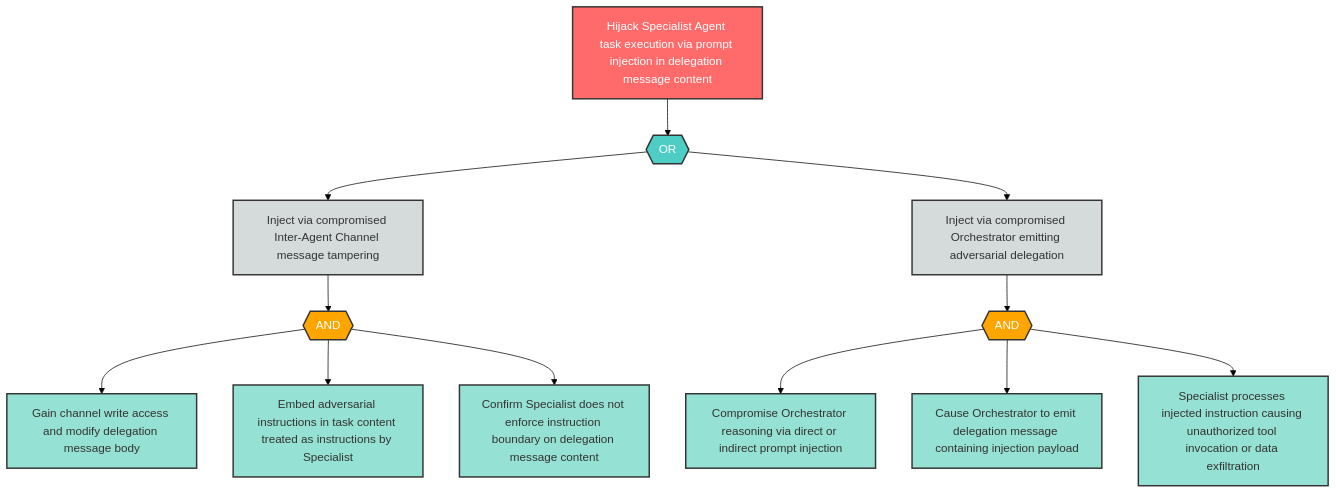
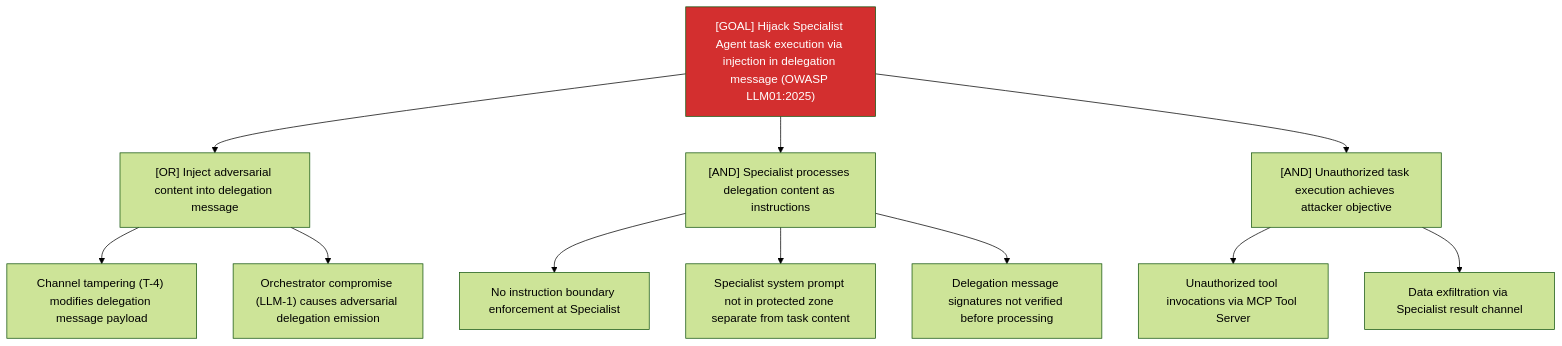
Before and after one commit to q-qp-p/davidmatousek-tachi: the diagram in examples/agentic-app/sample-report/attack-trees/llm-8-attack-tree.md, drawn with Mermaid (forest theme). The commit also changed other lines of this file and 132 other files, not shown here.

````diff
--- a/examples/agentic-app/sample-report/attack-trees/llm-8-attack-tree.md
+++ b/examples/agentic-app/sample-report/attack-trees/llm-8-attack-tree.md
@@ -8,39 +7,16 @@
 ```mermaid
-flowchart TD
-    LLM8_root["Hijack Specialist Agent task execution via prompt injection in delegation message content"]
-    LLM8_or1{{"OR"}}
-    LLM8_sub1["Inject via compromised Inter-Agent Channel message tampering"]
-    LLM8_sub2["Inject via compromised Orchestrator emitting adversarial delegation"]
-    LLM8_and1{{"AND"}}
-    LLM8_leaf1["Gain channel write access and modify delegation message body"]
-    LLM8_leaf2["Embed adversarial instructions in task content treated as instructions by Specialist"]
-    LLM8_leaf3["Confirm Specialist does not enforce instruction boundary on delegation message content"]
-    LLM8_and2{{"AND"}}
-    LLM8_leaf4["Compromise Orchestrator reasoning via direct or indirect prompt injection"]
-    LLM8_leaf5["Cause Orchestrator to emit delegation message containing injection payload"]
-    LLM8_leaf6["Specialist processes injected instruction causing unauthorized tool invocation or data exfiltration"]
-
-    LLM8_root --> LLM8_or1
-    LLM8_or1 --> LLM8_sub1
-    LLM8_or1 --> LLM8_sub2
-    LLM8_sub1 --> LLM8_and1
-    LLM8_and1 --> LLM8_leaf1
-    LLM8_and1 --> LLM8_leaf2
-    LLM8_and1 --> LLM8_leaf3
-    LLM8_sub2 --> LLM8_and2
-    LLM8_and2 --> LLM8_leaf4
-    LLM8_and2 --> LLM8_leaf5
-    LLM8_and2 --> LLM8_leaf6
-
-    classDef goal fill:#ff6b6b,stroke:#333,stroke-width:2px,color:#fff
-    classDef andGate fill:#ffa500,stroke:#333,stroke-width:2px,color:#fff
-    classDef orGate fill:#4ecdc4,stroke:#333,stroke-width:2px,color:#fff
-    classDef subGoal fill:#d5dbdb,stroke:#333,stroke-width:2px,color:#333
-    classDef leaf fill:#95e1d3,stroke:#333,stroke-width:2px,color:#333
-
-    class LLM8_root goal
-    class LLM8_or1 orGate
-    class LLM8_and1,LLM8_and2 andGate
-    class LLM8_sub1,LLM8_sub2 subGoal
-    class LLM8_leaf1,LLM8_leaf2,LLM8_leaf3,LLM8_leaf4,LLM8_leaf5,LLM8_leaf6 leaf
+graph TD
+    Goal["[GOAL] Hijack Specialist Agent task execution via injection in delegation message (OWASP LLM01:2025)"]
+    Goal --> A["[OR] Inject adversarial content into delegation message"]
+    A --> A1["Channel tampering (T-4) modifies delegation message payload"]
+    A --> A2["Orchestrator compromise (LLM-1) causes adversarial delegation emission"]
+    Goal --> B["[AND] Specialist processes delegation content as instructions"]
+    B --> B1["No instruction boundary enforcement at Specialist"]
+    B --> B2["Specialist system prompt not in protected zone separate from task content"]
+    B --> B3["Delegation message signatures not verified before processing"]
+    Goal --> C["[AND] Unauthorized task execution achieves attacker objective"]
+    C --> C1["Unauthorized tool invocations via MCP Tool Server"]
+    C --> C2["Data exfiltration via Specialist result channel"]
+    classDef critical fill:#d32f2f,color:#fff
+    class Goal critical
 ```
````
